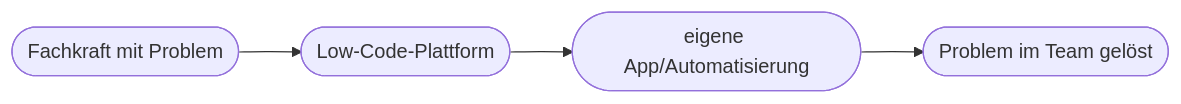
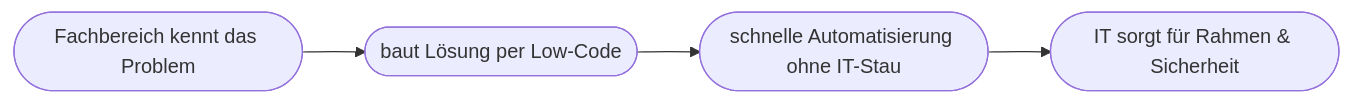
One commit to Qualidy/Prompt-Engineering-KI-in-der-Arbeitswelt changed the diagram in docs/content/kapitel30.md. Above: the diagram before and after it, drawn with Mermaid. The commit also changed other lines of this file and 80 other files, not shown here.

````diff
--- a/docs/content/kapitel30.md
+++ b/docs/content/kapitel30.md
@@ -31,6 +36,6 @@
 ```mermaid
 flowchart LR
-    A([Fachkraft mit Problem]) --> B([Low-Code-Plattform])
-    B --> C([eigene App/Automatisierung])
-    C --> D([Problem im Team gelöst])
+    A([Fachbereich kennt das Problem]) --> B([baut Lösung per Low-Code])
+    B --> C([schnelle Automatisierung ohne IT-Stau])
+    C --> D([IT sorgt für Rahmen & Sicherheit])
 ```
````
